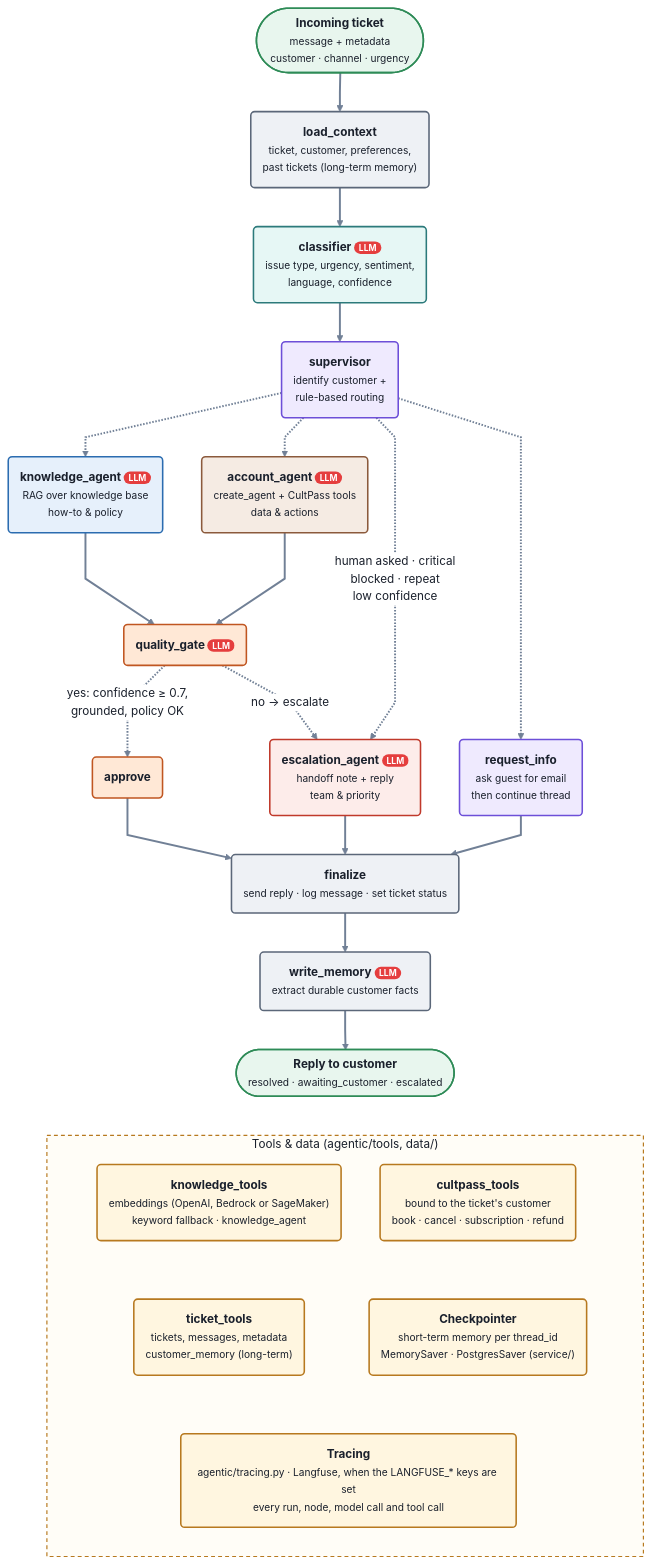
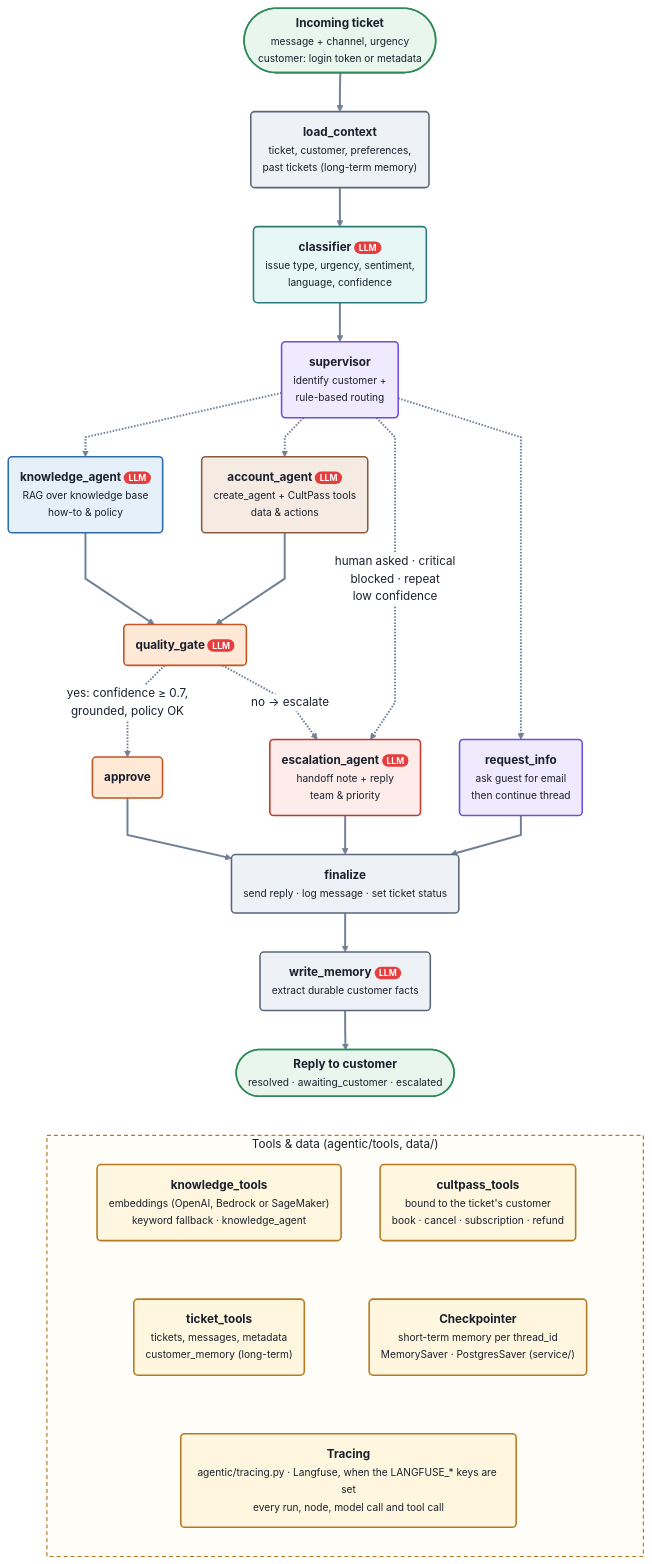
Before and after one commit to manish5593/uda-hub-multi-agent-bedrock: the diagram in solution/agentic/design/workflow_graph.mmd, drawn with Mermaid. The commit also changed 7 other files, not shown here.

First line of the commit message:
Show customer logins in the diagrams and READMEs

```diff
--- a/solution/agentic/design/workflow_graph.mmd
+++ b/solution/agentic/design/workflow_graph.mmd
@@ -1,85 +1,85 @@
 ---
 config:
   theme: base
   themeVariables:
     primaryTextColor: "#1a202c"
     secondaryTextColor: "#1a202c"
     tertiaryTextColor: "#1a202c"
     textColor: "#1a202c"
     nodeTextColor: "#1a202c"
     lineColor: "#718096"
     edgeLabelBackground: "#ffffff"
     fontSize: "15px"
   flowchart:
     curve: linear
     wrappingWidth: 400
 ---
 %% UDA-Hub agent workflow: the same graph, layout, labels and colours as architecture.svg.
 %% Hand-written. The nodes and edges match agentic/workflow.py; check them against
 %% orchestrator.get_graph().draw_mermaid() when the graph changes.
 flowchart TD
-    IN(["<span style='color:rgb(26,32,44)'>Incoming ticket<br/><small style='font-weight:normal;font-size:13px'>message + metadata<br/>customer · channel · urgency</small></span>"])
+    IN(["<span style='color:rgb(26,32,44)'>Incoming ticket<br/><small style='font-weight:normal;font-size:13px'>message + channel, urgency<br/>customer: login token or metadata</small></span>"])
     load_context("<span style='color:rgb(26,32,44)'>load_context<br/><small style='font-weight:normal;font-size:13px'>ticket, customer, preferences,<br/>past tickets (long-term memory)</small></span>")
     classifier("<span style='color:rgb(26,32,44)'>classifier <b style='color:rgb(255,255,255);background-color:rgb(229,62,62);border-radius:8px;padding:1px 6px;font-size:11px'>LLM</b><br/><small style='font-weight:normal;font-size:13px'>issue type, urgency, sentiment,<br/>language, confidence</small></span>")
     supervisor("<span style='color:rgb(26,32,44)'>supervisor<br/><small style='font-weight:normal;font-size:13px'>identify customer +<br/>rule-based routing</small></span>")
     knowledge_agent("<span style='color:rgb(26,32,44)'>knowledge_agent <b style='color:rgb(255,255,255);background-color:rgb(229,62,62);border-radius:8px;padding:1px 6px;font-size:11px'>LLM</b><br/><small style='font-weight:normal;font-size:13px'>RAG over knowledge base<br/>how-to &amp; policy</small></span>")
     account_agent("<span style='color:rgb(26,32,44)'>account_agent <b style='color:rgb(255,255,255);background-color:rgb(229,62,62);border-radius:8px;padding:1px 6px;font-size:11px'>LLM</b><br/><small style='font-weight:normal;font-size:13px'>create_agent + CultPass tools<br/>data &amp; actions</small></span>")
     escalation_agent("<span style='color:rgb(26,32,44)'>escalation_agent <b style='color:rgb(255,255,255);background-color:rgb(229,62,62);border-radius:8px;padding:1px 6px;font-size:11px'>LLM</b><br/><small style='font-weight:normal;font-size:13px'>handoff note + reply<br/>team &amp; priority</small></span>")
     request_info("<span style='color:rgb(26,32,44)'>request_info<br/><small style='font-weight:normal;font-size:13px'>ask guest for email<br/>then continue thread</small></span>")
     quality_gate("<span style='color:rgb(26,32,44)'>quality_gate <b style='color:rgb(255,255,255);background-color:rgb(229,62,62);border-radius:8px;padding:1px 6px;font-size:11px'>LLM</b></span>")
     approve("<span style='color:rgb(26,32,44)'>approve</span>")
     finalize("<span style='color:rgb(26,32,44)'>finalize<br/><small style='font-weight:normal;font-size:13px'>send reply · log message · set ticket status</small></span>")
     write_memory("<span style='color:rgb(26,32,44)'>write_memory <b style='color:rgb(255,255,255);background-color:rgb(229,62,62);border-radius:8px;padding:1px 6px;font-size:11px'>LLM</b><br/><small style='font-weight:normal;font-size:13px'>extract durable customer facts</small></span>")
     OUT(["<span style='color:rgb(26,32,44)'>Reply to customer<br/><small style='font-weight:normal;font-size:13px'>resolved · awaiting_customer · escalated</small></span>"])
 
     IN --> load_context --> classifier --> supervisor
     supervisor -.-> knowledge_agent
     supervisor -.-> account_agent
     supervisor -.->|"<span style='color:rgb(26,32,44)'>human asked · critical<br/>blocked · repeat<br/>low confidence</span>"| escalation_agent
     supervisor -.-> request_info
     knowledge_agent --> quality_gate
     account_agent --> quality_gate
     quality_gate -.->|"<span style='color:rgb(26,32,44)'>yes: confidence ≥ 0.7,<br/>grounded, policy OK</span>"| approve
     quality_gate -.->|"<span style='color:rgb(26,32,44)'>no → escalate</span>"| escalation_agent
     approve --> finalize
     escalation_agent --> finalize
     request_info --> finalize
     finalize --> write_memory --> OUT
 
     subgraph TOOLS ["<span style='color:rgb(26,32,44)'>Tools &amp; data (agentic/tools, data/)</span>"]
         direction TB
         knowledge_tools("<span style='color:rgb(26,32,44)'>knowledge_tools<br/><small style='font-weight:normal;font-size:13px'>embeddings (OpenAI, Bedrock or SageMaker)<br/>keyword fallback · knowledge_agent</small></span>")
         cultpass_tools("<span style='color:rgb(26,32,44)'>cultpass_tools<br/><small style='font-weight:normal;font-size:13px'>bound to the ticket's customer<br/>book · cancel · subscription · refund</small></span>")
         ticket_tools("<span style='color:rgb(26,32,44)'>ticket_tools<br/><small style='font-weight:normal;font-size:13px'>tickets, messages, metadata<br/>customer_memory (long-term)</small></span>")
         checkpointer("<span style='color:rgb(26,32,44)'>Checkpointer<br/><small style='font-weight:normal;font-size:13px'>short-term memory per thread_id<br/>MemorySaver · PostgresSaver (service/)</small></span>")
         tracing("<span style='color:rgb(26,32,44)'>Tracing<br/><small style='font-weight:normal;font-size:13px'>agentic/tracing.py · Langfuse, when the LANGFUSE_* keys are set<br/>every run, node, model call and tool call</small></span>")
         knowledge_tools ~~~ ticket_tools
         cultpass_tools ~~~ checkpointer
         ticket_tools ~~~ tracing
         checkpointer ~~~ tracing
     end
     OUT ~~~ TOOLS
 
     classDef default fill:#eef1f5,stroke:#5b6779,stroke-width:2px,color:#1a202c,font-weight:bold,font-size:15px
     classDef customer fill:#e8f6ee,stroke:#2e8b57,stroke-width:2px,color:#1a202c,font-weight:bold,font-size:15px
     classDef tools fill:#fff6e0,stroke:#b7791f,stroke-width:2px,color:#1a202c,font-weight:bold,font-size:15px
     classDef memory_agent fill:#eef1f5,stroke:#5b6779,stroke-width:2px,color:#1a202c,font-weight:bold,font-size:15px
     classDef classifier fill:#e6f7f5,stroke:#2c7a7b,stroke-width:2px,color:#1a202c,font-weight:bold,font-size:15px
     classDef supervisor fill:#efeafe,stroke:#6d4fd8,stroke-width:2px,color:#1a202c,font-weight:bold,font-size:15px
     classDef knowledge_agent fill:#e6f0fb,stroke:#2b6cb0,stroke-width:2px,color:#1a202c,font-weight:bold,font-size:15px
     classDef account_agent fill:#f5ebe3,stroke:#8b5a3c,stroke-width:2px,color:#1a202c,font-weight:bold,font-size:15px
     classDef quality_gate fill:#ffe8d6,stroke:#c05621,stroke-width:2px,color:#1a202c,font-weight:bold,font-size:15px
     classDef escalation_agent fill:#fdecea,stroke:#c0392b,stroke-width:2px,color:#1a202c,font-weight:bold,font-size:15px
     class IN,OUT customer
     class knowledge_tools,cultpass_tools,ticket_tools,checkpointer,tracing tools
     class load_context,finalize,write_memory memory_agent
     class classifier classifier
     class supervisor,request_info supervisor
     class knowledge_agent knowledge_agent
     class account_agent account_agent
     class quality_gate,approve quality_gate
     class escalation_agent escalation_agent
     style TOOLS fill:#fffdf7,stroke:#b7791f,stroke-width:1.5px,stroke-dasharray:5 4,color:#1a202c
     linkStyle default stroke:#718096,stroke-width:2.5px
     %% links 16-20 only position the tools panel (two by two, tracing below, all below the reply): keep them invisible
     linkStyle 16,17,18,19,20 stroke:none
```
